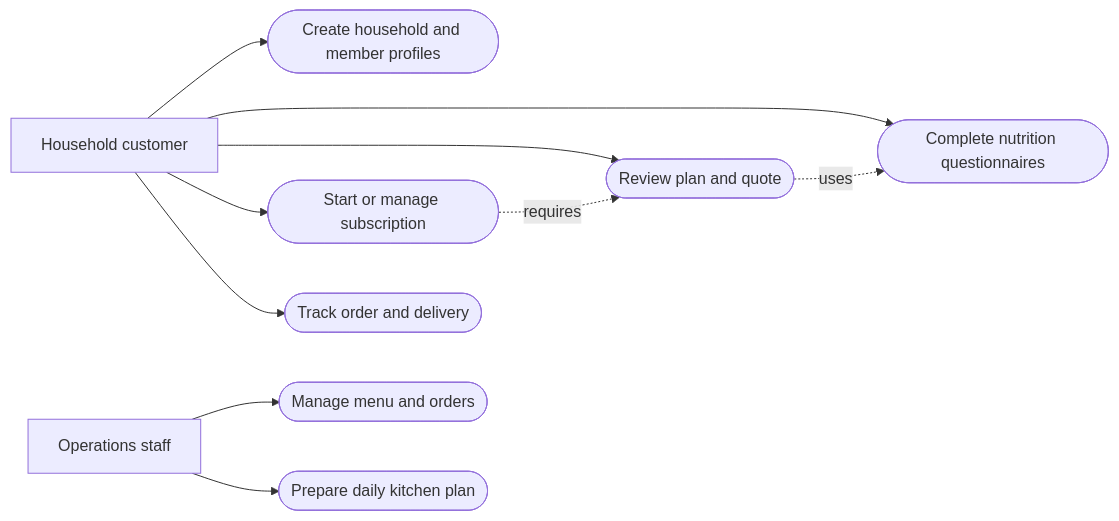
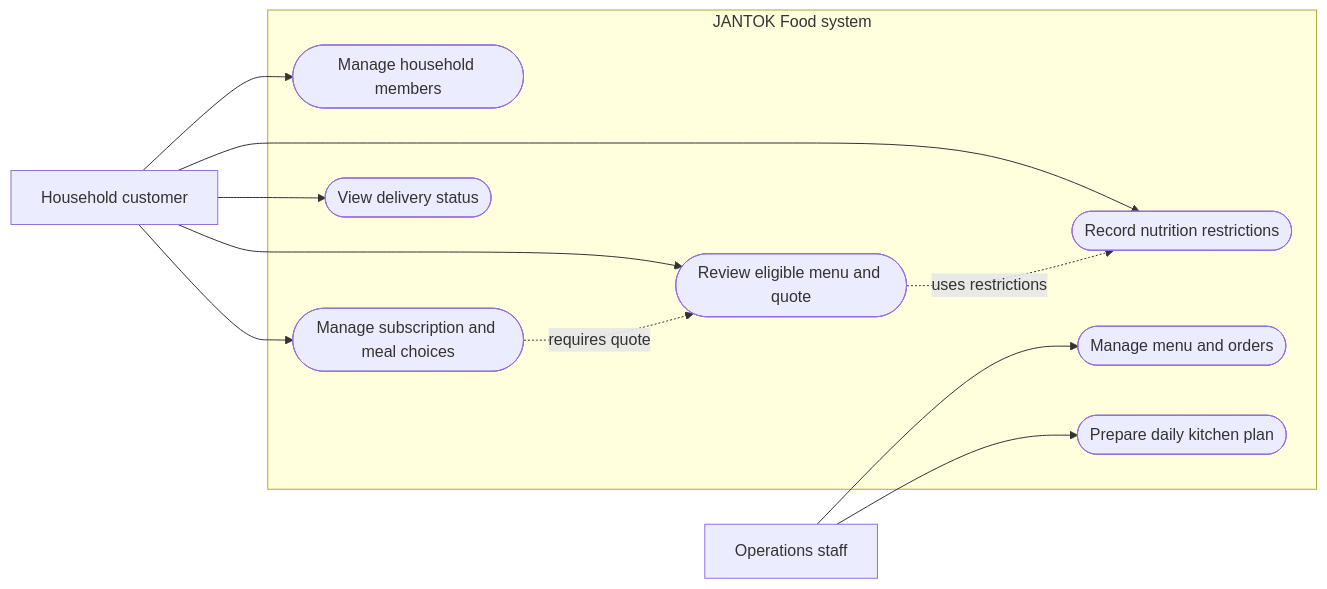
The diagram in diagrams/use-cases.mmd (Balgyn15/jantok-food-diploma), drawn with Mermaid before and after one commit. The commit also changed 19 other files, not shown here.

First line of the commit message:
JANTOK-7/8/9: Add diagram exports and mobile UX evidence

```diff
--- a/diagrams/use-cases.mmd
+++ b/diagrams/use-cases.mmd
@@ -1,10 +1,21 @@
 flowchart LR
-    Household[Household customer] --> UC1([Create household and member profiles])
-    Household --> UC2([Complete nutrition questionnaires])
-    Household --> UC3([Review plan and quote])
-    Household --> UC4([Start or manage subscription])
-    Household --> UC5([Track order and delivery])
-    Staff[Operations staff] --> UC6([Manage menu and orders])
-    Staff --> UC7([Prepare daily kitchen plan])
-    UC4 -. requires .-> UC3
-    UC3 -. uses .-> UC2
+    Customer[Household customer]
+    Staff[Operations staff]
+    subgraph System["JANTOK Food system"]
+      UC1([Manage household members])
+      UC2([Record nutrition restrictions])
+      UC3([Review eligible menu and quote])
+      UC4([Manage subscription and meal choices])
+      UC5([View delivery status])
+      UC6([Manage menu and orders])
+      UC7([Prepare daily kitchen plan])
+    end
+    Customer --> UC1
+    Customer --> UC2
+    Customer --> UC3
+    Customer --> UC4
+    Customer --> UC5
+    Staff --> UC6
+    Staff --> UC7
+    UC3 -. uses restrictions .-> UC2
+    UC4 -. requires quote .-> UC3
```
